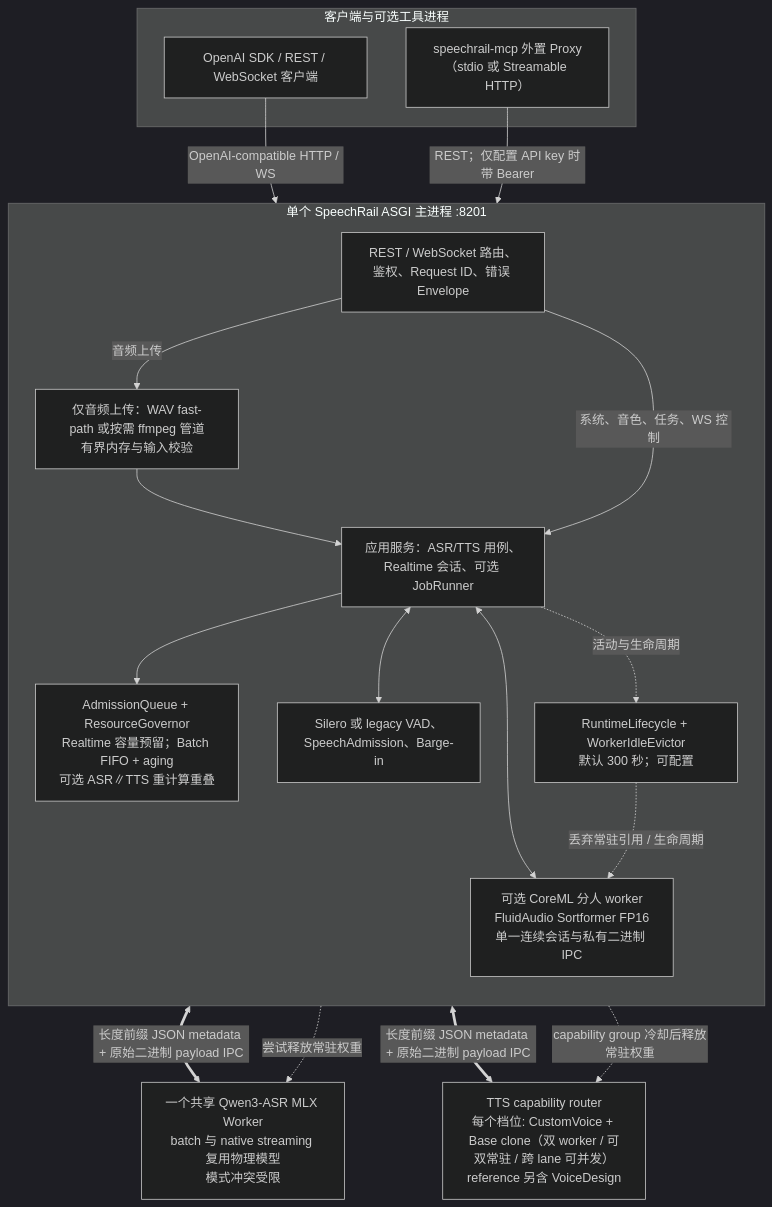
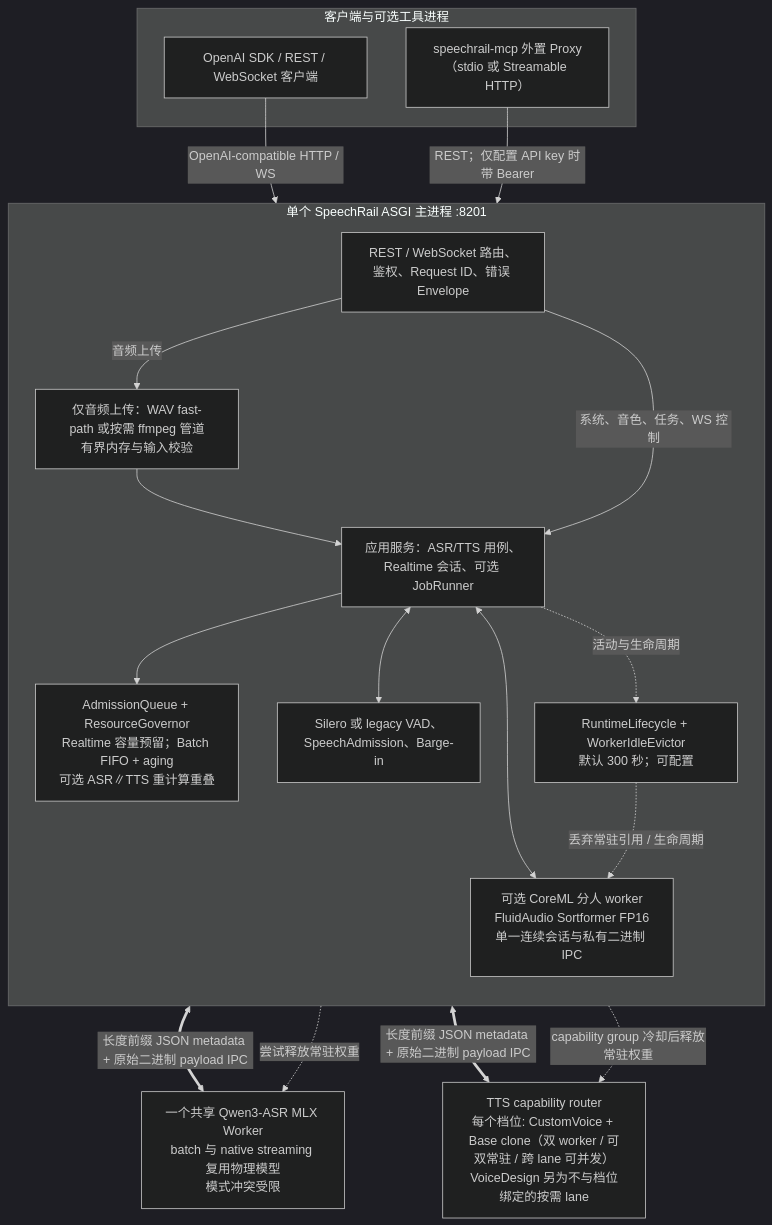
One commit to hrygo/SpeechRail changed the first of 2 diagrams in docs/architecture/architecture.md. Above: the diagram before and after it, drawn with Mermaid (dark theme). The commit also changed other lines of this file and 142 other files, not shown here.

````diff
--- a/docs/architecture/architecture.md
+++ b/docs/architecture/architecture.md
@@ -15,36 +15,36 @@
 ```mermaid
 flowchart TD
     subgraph Clients["客户端与可选工具进程"]
         SDK["OpenAI SDK / REST / WebSocket 客户端"]
         MCP["speechrail-mcp 外置 Proxy<br/>（stdio 或 Streamable HTTP）"]
     end
 
     subgraph Host["单个 SpeechRail ASGI 主进程 :8201"]
         direction TB
         Ingress["REST / WebSocket 路由、鉴权、Request ID、错误 Envelope"]
         Decode["仅音频上传：WAV fast-path 或按需 ffmpeg 管道<br/>有界内存与输入校验"]
         App["应用服务：ASR/TTS 用例、Realtime 会话、可选 JobRunner"]
         Admit["AdmissionQueue + ResourceGovernor<br/>Realtime 容量预留；Batch FIFO + aging<br/>可选 ASR∥TTS 重计算重叠"]
         VAD["Silero 或 legacy VAD、SpeechAdmission、Barge-in"]
         Diar["可选 CoreML 分人 worker<br/>FluidAudio Sortformer FP16<br/>单一连续会话与私有二进制 IPC"]
         Life["RuntimeLifecycle + WorkerIdleEvictor<br/>默认 300 秒；可配置"]
 
         Ingress -->|音频上传| Decode --> App
         Ingress -->|系统、音色、任务、WS 控制| App
         App --> Admit
         App <--> VAD
         App <--> Diar
         App -. 活动与生命周期 .-> Life
     end
 
     ASR["一个共享 Qwen3-ASR MLX Worker<br/>batch 与 native streaming 复用物理模型<br/>模式冲突受限"]
-    TTS["TTS capability router<br/>每个档位: CustomVoice + Base clone（双 worker / 可双常驻 / 跨 lane 可并发）<br/>reference 另含 VoiceDesign"]
+    TTS["TTS capability router<br/>每个档位: CustomVoice + Base clone（双 worker / 可双常驻 / 跨 lane 可并发）<br/>VoiceDesign 另为不与档位绑定的按需 lane"]
 
     SDK -->|OpenAI-compatible HTTP / WS| Ingress
     MCP -->|REST；仅配置 API key 时带 Bearer| Ingress
     App <==>|"长度前缀 JSON metadata + 原始二进制 payload IPC"| ASR
     App <==>|"长度前缀 JSON metadata + 原始二进制 payload IPC"| TTS
     Life -. 尝试释放常驻权重 .-> ASR
     Life -. capability group 冷却后释放常驻权重 .-> TTS
     Life -. 丢弃常驻引用 / 生命周期 .-> Diar
 ```
````
